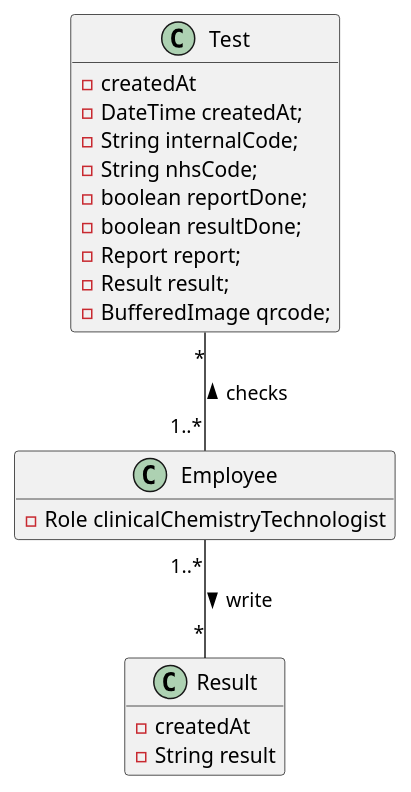
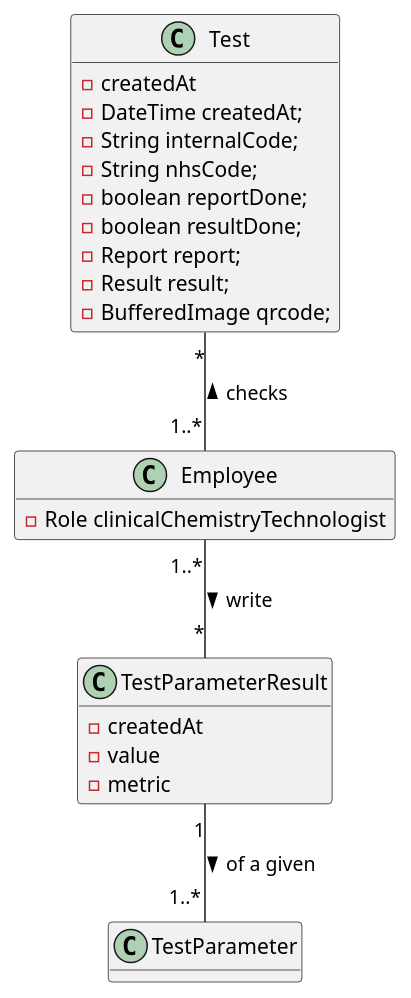
Before and after one commit to GuilhermeCunha79/lapr2: the diagram in docs/SprintC/US12/US12_MD.puml, drawn with PlantUML. The commit also changed 1 other file, not shown here.

Commit message:
Update of the diagrams [UC-12] [Design]

```diff
--- a/docs/SprintC/US12/US12_MD.puml
+++ b/docs/SprintC/US12/US12_MD.puml
@@ -1,29 +1,37 @@
 @startuml
 
 hide methods
 
 class Employee {
     - Role clinicalChemistryTechnologist
 }
 
 class Test {
     - createdAt
     - DateTime createdAt;
     - String internalCode;
     - String nhsCode;
     - boolean reportDone;
     - boolean resultDone;
     - Report report;
     - Result result;
     - BufferedImage qrcode;
 }
 
-class Result {
+class TestParameterResult {
     -createdAt
-    -String result
+    -value
+    -metric
+    +TestParameterResult(value, metric, refValue)
 }
 
-Employee"1..*" -- "*"Result : "> write"
+class TestParameter {
+    +getParameter()
+    +addTestResult(value, metric, refValue)
+}
+
+Employee"1..*" -- "*"TestParameterResult : "> write"
 Employee"1..*" -up- "*"Test : "> checks"
+TestParameterResult"1" -down- "1..*"TestParameter : "> of a given"
 
 @enduml
```
